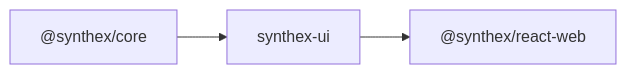
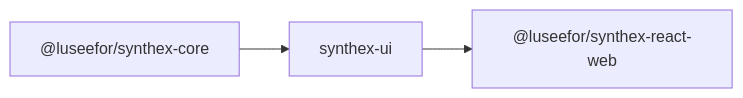
One commit to Luseefor/synthex-ui changed the tenth of 11 diagrams in docs/mermaid-architecture.md. Above: the diagram before and after it, drawn with Mermaid. The commit also changed other lines of this file and 35 other files, not shown here.

````diff
--- a/docs/mermaid-architecture.md
+++ b/docs/mermaid-architecture.md
@@ -172,5 +172,5 @@
 ```mermaid
 flowchart LR
-  Core["@synthex/core"] --> UI["synthex-ui"]
-  UI --> ReactWeb["@synthex/react-web"]
+  Core["@luseefor/synthex-core"] --> UI["synthex-ui"]
+  UI --> ReactWeb["@luseefor/synthex-react-web"]
 ```
````
